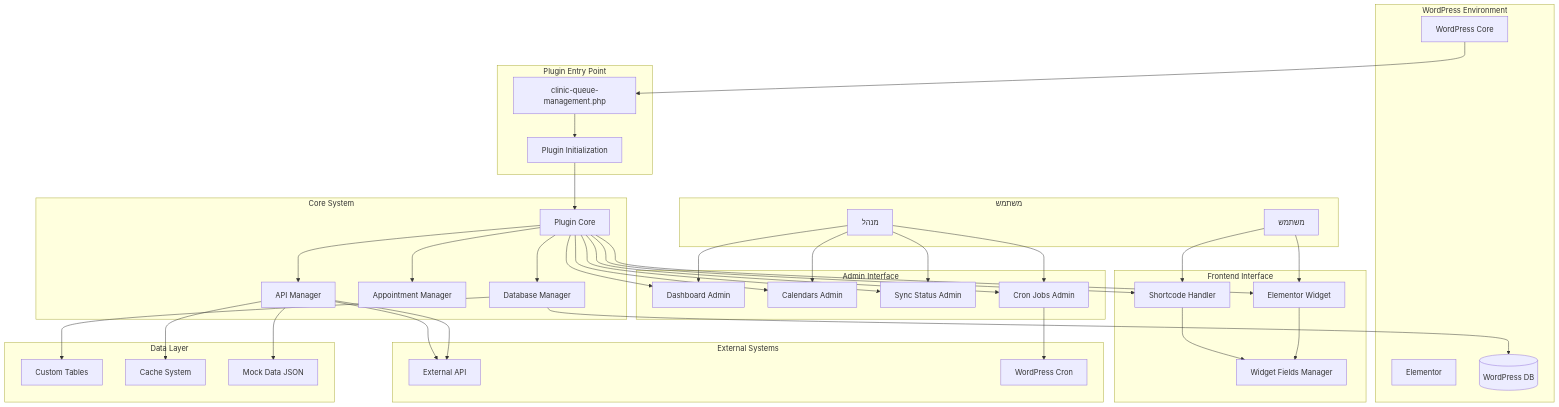
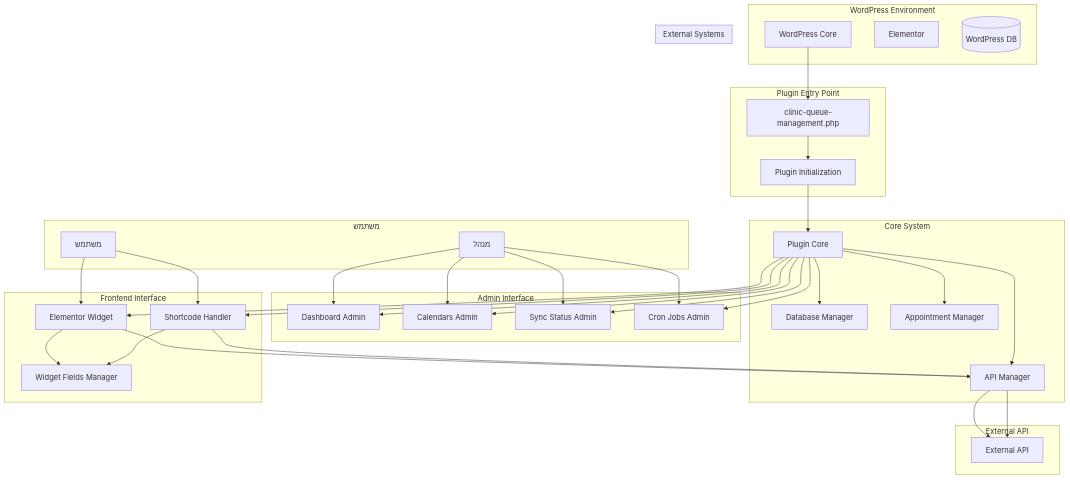
The first of 8 diagrams in docs/DETAILED_FLOW.md (OrielBenMoshe/clinic-queue-management), drawn with Mermaid before and after one commit. The commit also changed other lines of this file and 78 other files, not shown here.

````diff
--- a/docs/DETAILED_FLOW.md
+++ b/docs/DETAILED_FLOW.md
@@ -40,15 +40,12 @@
         FIELDS[Widget Fields Manager]
     end
     
-    subgraph "Data Layer"
-        TABLES[Custom Tables]
-        CACHE[Cache System]
-        MOCK[Mock Data JSON]
+    subgraph "External API"
+        EXT_API[External API]
     end
     
     subgraph "External Systems"
         EXT_API[External API]
-        CRON_SYS[WordPress Cron]
     end
     
     %% User Flows
@@ -76,17 +73,14 @@
     CORE --> SHORT
     
     %% Data Flows
-    API_MGR --> MOCK
     API_MGR --> EXT_API
-    API_MGR --> CACHE
-    DB_MGR --> TABLES
-    DB_MGR --> DB
+    WIDGET --> API_MGR
+    SHORT --> API_MGR
     
     %% Frontend Dependencies
     WIDGET --> FIELDS
     SHORT --> FIELDS
     
     %% External Connections
-    CRON --> CRON_SYS
     API_MGR --> EXT_API
 ```
````
